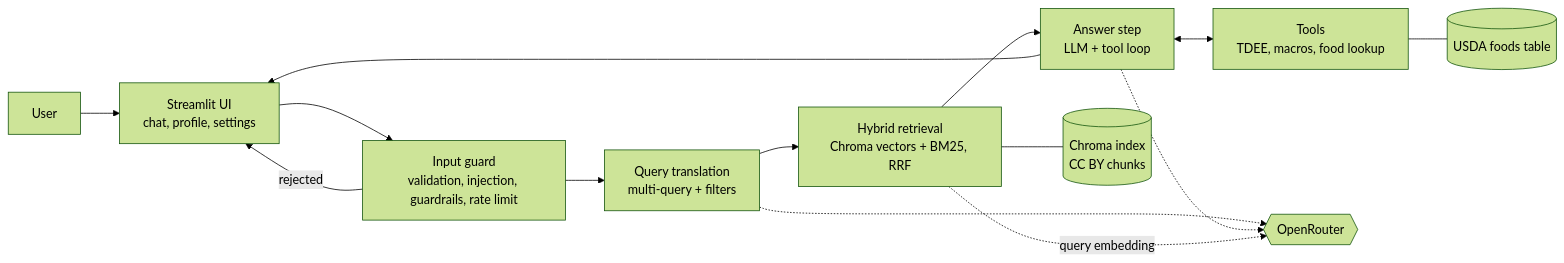
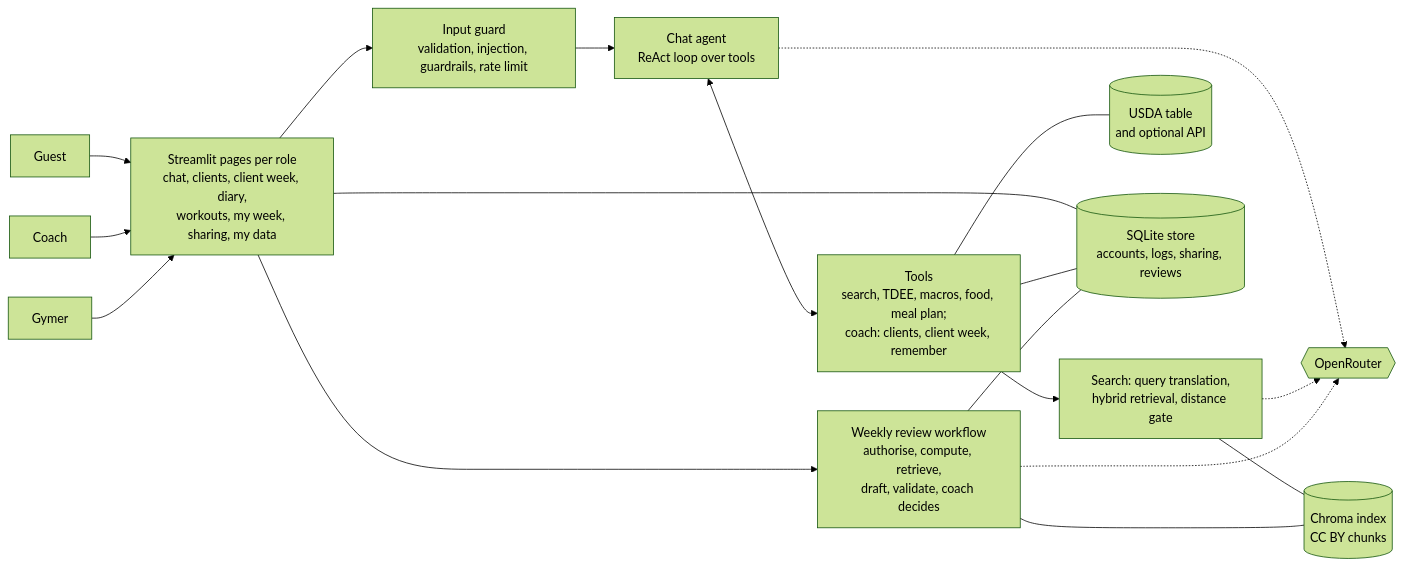
The first of 4 diagrams in docs/ARCHITECTURE.md (NMH1988/fitcoach-ai-assistant), drawn with Mermaid (forest theme) before and after one commit. The commit also changed other lines of this file and 14 other files, not shown here.

````diff
--- a/docs/ARCHITECTURE.md
+++ b/docs/ARCHITECTURE.md
@@ -9,16 +11,21 @@
 ```mermaid
 flowchart LR
-    U[User] --> UI[Streamlit UI<br/>chat, profile, settings]
-    UI --> G[Input guard<br/>validation, injection, guardrails, rate limit]
-    G -->|rejected| UI
-    G --> QT[Query translation<br/>multi-query + filters]
-    QT --> HR[Hybrid retrieval<br/>Chroma vectors + BM25, RRF]
-    HR --> AG[Answer step<br/>LLM + tool loop]
-    AG <--> T[Tools<br/>TDEE, macros, food lookup]
-    T --- USDA[(USDA foods table)]
-    HR --- KB[(Chroma index<br/>CC BY chunks)]
-    AG --> UI
-    QT -.-> OR{{OpenRouter}}
-    AG -.-> OR
-    HR -.->|query embedding| OR
+    G[Guest] --> UI
+    C[Coach] --> UI
+    Y[Gymer] --> UI
+    UI[Streamlit pages per role<br/>chat, clients, client week, diary,<br/>workouts, my week, sharing, my data]
+    UI --> GU[Input guard<br/>validation, injection, guardrails, rate limit]
+    GU --> CH[Chat agent<br/>ReAct loop over tools]
+    CH <--> T[Tools<br/>search, TDEE, macros, food, meal plan;<br/>coach: clients, client week, remember]
+    T --> S[Search: query translation,<br/>hybrid retrieval, distance gate]
+    S --- KB[(Chroma index<br/>CC BY chunks)]
+    T --- USDA[(USDA table<br/>and optional API)]
+    UI --> RV[Weekly review workflow<br/>authorise, compute, retrieve,<br/>draft, validate, coach decides]
+    RV --- KB
+    UI --- ST[(SQLite store<br/>accounts, logs, sharing, reviews)]
+    T --- ST
+    RV --- ST
+    CH -.-> OR{{OpenRouter}}
+    S -.-> OR
+    RV -.-> OR
 ```
````
